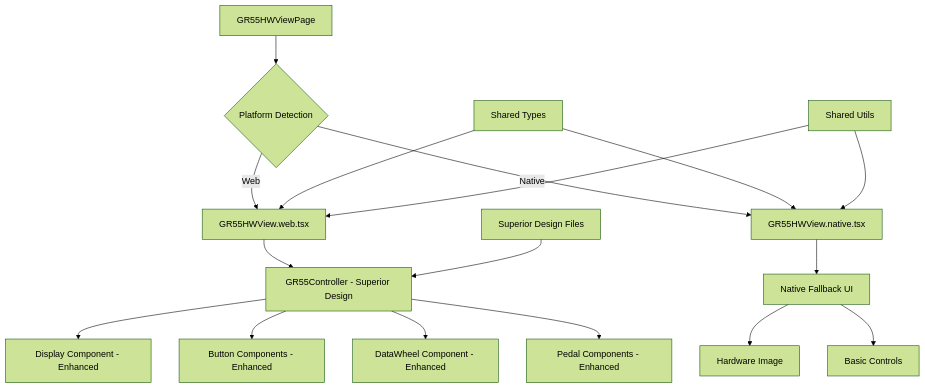
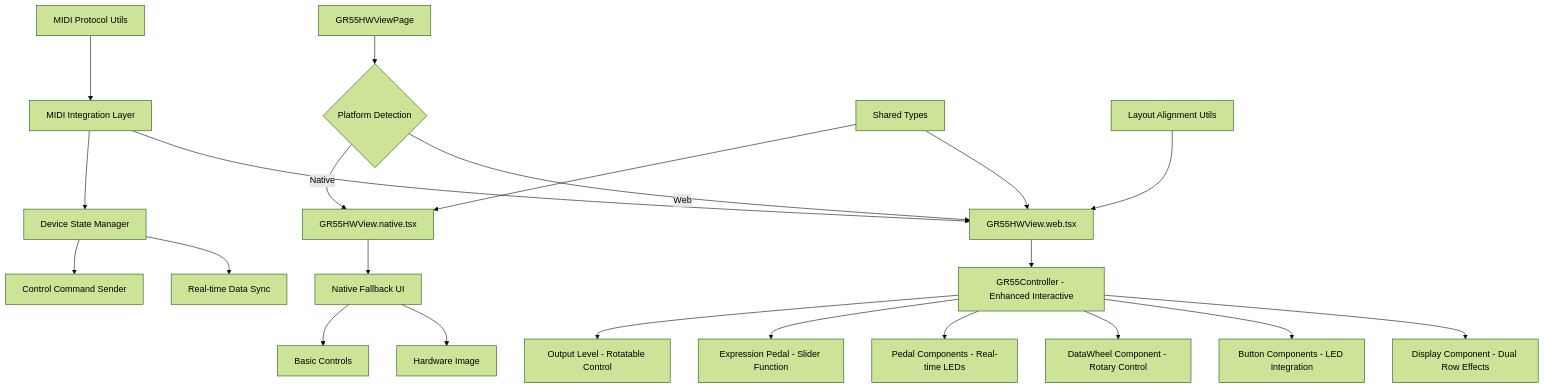
Before and after one commit to CASouthEast/gr55-remote-main: the first of 3 diagrams in .kiro/specs/gr55-hardware-view-integration/design.md, drawn with Mermaid (forest theme). The commit also changed other lines of this file and 60 other files, not shown here.

````diff
--- a/.kiro/specs/gr55-hardware-view-integration/design.md
+++ b/.kiro/specs/gr55-hardware-view-integration/design.md
@@ -15,22 +15,28 @@
 ```mermaid
 graph TD
     A[GR55HWViewPage] --> B{Platform Detection}
     B -->|Web| C[GR55HWView.web.tsx]
     B -->|Native| D[GR55HWView.native.tsx]
 
-    C --> E[GR55Controller - Superior Design]
-    E --> F[Display Component - Enhanced]
-    E --> G[Button Components - Enhanced]
-    E --> H[DataWheel Component - Enhanced]
-    E --> I[Pedal Components - Enhanced]
+    C --> E[GR55Controller - Enhanced Interactive]
+    E --> F[Display Component - Dual Row Effects]
+    E --> G[Button Components - LED Integration]
+    E --> H[DataWheel Component - Rotary Control]
+    E --> I[Pedal Components - Real-time LEDs]
+    E --> J[Expression Pedal - Slider Function]
+    E --> K[Output Level - Rotatable Control]
 
-    D --> J[Native Fallback UI]
-    J --> K[Hardware Image]
-    J --> L[Basic Controls]
+    D --> L[Native Fallback UI]
+    L --> M[Hardware Image]
+    L --> N[Basic Controls]
 
-    M[Shared Types] --> C
-    M --> D
-    N[Shared Utils] --> C
-    N --> D
-    O[Superior Design Files] --> E
+    O[MIDI Integration Layer] --> C
+    O --> P[Device State Manager]
+    P --> Q[Real-time Data Sync]
+    P --> R[Control Command Sender]
+
+    S[Shared Types] --> C
+    S --> D
+    T[Layout Alignment Utils] --> C
+    U[MIDI Protocol Utils] --> O
 ```
````
